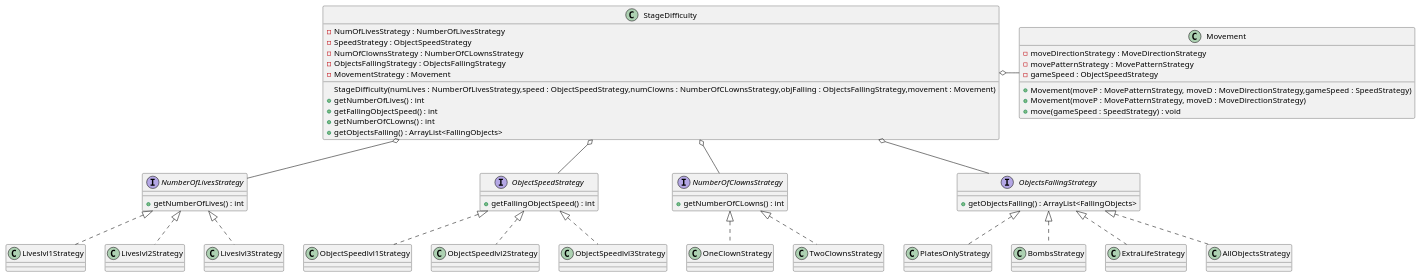
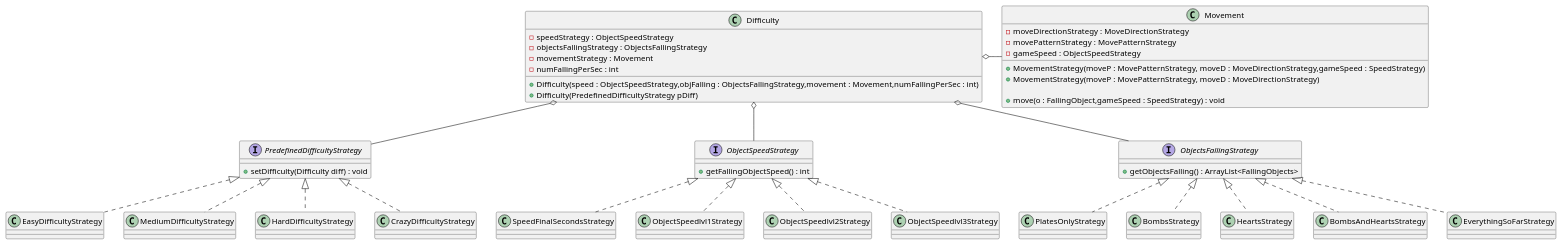
Before and after one commit to shadyalattarr/Circus-of-Plates: the diagram in UML/Design Patterns/DifficultyStrategy.wsd, drawn with PlantUML. The commit also changed 3 other files, not shown here.

```diff
--- a/UML/Design Patterns/DifficultyStrategy.wsd
+++ b/UML/Design Patterns/DifficultyStrategy.wsd
@@ -1,115 +1,110 @@
 @startuml DifficultyStrategy
 
-class StageDifficulty{
-    -NumOfLivesStrategy : NumberOfLivesStrategy
-    -SpeedStrategy : ObjectSpeedStrategy
-    -NumOfClownsStrategy : NumberOfCLownsStrategy
-    -ObjectsFallingStrategy : ObjectsFallingStrategy
-    -MovementStrategy : Movement
-/'gow to make it diff lines?'/
-    StageDifficulty(numLives : NumberOfLivesStrategy,speed : ObjectSpeedStrategy,numClowns : NumberOfCLownsStrategy,objFalling : ObjectsFallingStrategy,movement : Movement)
+class Difficulty{
+    -speedStrategy : ObjectSpeedStrategy
+    -objectsFallingStrategy : ObjectsFallingStrategy
+    -movementStrategy : Movement
+    -numFallingPerSec : int
+
+    +Difficulty(speed : ObjectSpeedStrategy,objFalling : ObjectsFallingStrategy,movement : Movement,numFallingPerSec : int)
                     /'movement sent with movementD and movementP'/
                     /'Speed made in construcotr'/
-    +getNumberOfLives() : int
-    +getFallingObjectSpeed() : int
-    +getNumberOfCLowns() : int
-    +getObjectsFalling() : ArrayList<FallingObjects>  
+    +Difficulty(PredefinedDifficultyStrategy pDiff)
 }
+
 
 class Movement{
     -moveDirectionStrategy : MoveDirectionStrategy
     -movePatternStrategy : MovePatternStrategy
     -gameSpeed : ObjectSpeedStrategy
-    +Movement(moveP : MovePatternStrategy, moveD : MoveDirectionStrategy,gameSpeed : SpeedStrategy)
-    +Movement(moveP : MovePatternStrategy, moveD : MoveDirectionStrategy)
-    +move(gameSpeed : SpeedStrategy) : void
+    +MovementStrategy(moveP : MovePatternStrategy, moveD : MoveDirectionStrategy,gameSpeed : SpeedStrategy)
+    +MovementStrategy(moveP : MovePatternStrategy, moveD : MoveDirectionStrategy) 
+    /'second constructor to make a movement without speed aka difault speed?'/
+
+    +move(o : FallingObject,gameSpeed : SpeedStrategy) : void
 }
 
-
-interface NumberOfLivesStrategy{
-    +getNumberOfLives() : int
-} 
+interface PredefinedDifficultyStrategy {
+    +setDifficulty(Difficulty diff) : void
+}
 
 interface ObjectSpeedStrategy {
     +getFallingObjectSpeed() : int
-}
-
-interface NumberOfClownsStrategy {
-    +getNumberOfCLowns() : int
 }
 
 interface ObjectsFallingStrategy {
     +getObjectsFalling() : ArrayList<FallingObjects>  
 }
 
-class Liveslvl1Strategy{
+class EasyDifficultyStrategy {
 
 }
 
-class Liveslvl2Strategy{
+class MediumDifficultyStrategy {
     
 }
 
-class Liveslvl3Strategy{
+class HardDifficultyStrategy {
     
 }
+
+class CrazyDifficultyStrategy {
+    
+}
+class SpeedFinalSecondsStrategy{
+
+}
+
 
 class ObjectSpeedlvl1Strategy{
 
 }
 
 class ObjectSpeedlvl2Strategy{
     
 }
 
 class ObjectSpeedlvl3Strategy{
     
 }
 
-class OneClownStrategy {
-
-}
-
-class TwoClownsStrategy {
-    
-}
-
 class PlatesOnlyStrategy {
 
 }
 
 class BombsStrategy {
 
 }
 
-class ExtraLifeStrategy {
+class HeartsStrategy {
 
 }
 
-class AllObjectsStrategy {
+class BombsAndHeartsStrategy {
 
 }
 
-StageDifficulty o- Movement
-StageDifficulty o-- NumberOfLivesStrategy
-StageDifficulty o-- ObjectSpeedStrategy
-StageDifficulty o-- NumberOfClownsStrategy
-StageDifficulty o-- ObjectsFallingStrategy
+Difficulty o- Movement
+Difficulty o-- ObjectSpeedStrategy
+Difficulty o-- ObjectsFallingStrategy
+Difficulty o-- PredefinedDifficultyStrategy
 
-NumberOfLivesStrategy <|.. Liveslvl1Strategy 
-NumberOfLivesStrategy <|.. Liveslvl2Strategy 
-NumberOfLivesStrategy <|.. Liveslvl3Strategy 
+
+PredefinedDifficultyStrategy <|.. EasyDifficultyStrategy
+PredefinedDifficultyStrategy <|.. MediumDifficultyStrategy
+PredefinedDifficultyStrategy <|.. HardDifficultyStrategy
+PredefinedDifficultyStrategy <|.. CrazyDifficultyStrategy
+
 
 ObjectSpeedStrategy <|.. ObjectSpeedlvl1Strategy 
 ObjectSpeedStrategy <|.. ObjectSpeedlvl2Strategy 
 ObjectSpeedStrategy <|.. ObjectSpeedlvl3Strategy
-
-NumberOfClownsStrategy <|.. OneClownStrategy
-NumberOfClownsStrategy <|.. TwoClownsStrategy
+ObjectSpeedStrategy <|.. SpeedFinalSecondsStrategy
 
 ObjectsFallingStrategy <|.. PlatesOnlyStrategy
 ObjectsFallingStrategy <|.. BombsStrategy
-ObjectsFallingStrategy <|.. ExtraLifeStrategy
-ObjectsFallingStrategy <|.. AllObjectsStrategy
+ObjectsFallingStrategy <|.. HeartsStrategy
+ObjectsFallingStrategy <|.. EverythingSoFarStrategy
+ObjectsFallingStrategy <|.. BombsAndHeartsStrategy
 
 @enduml
```
